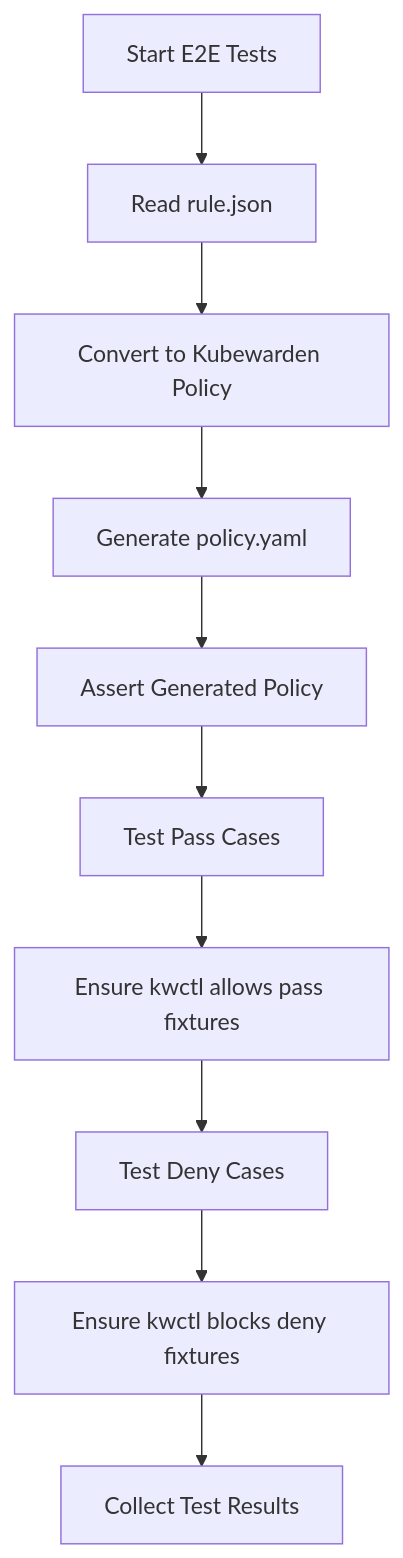
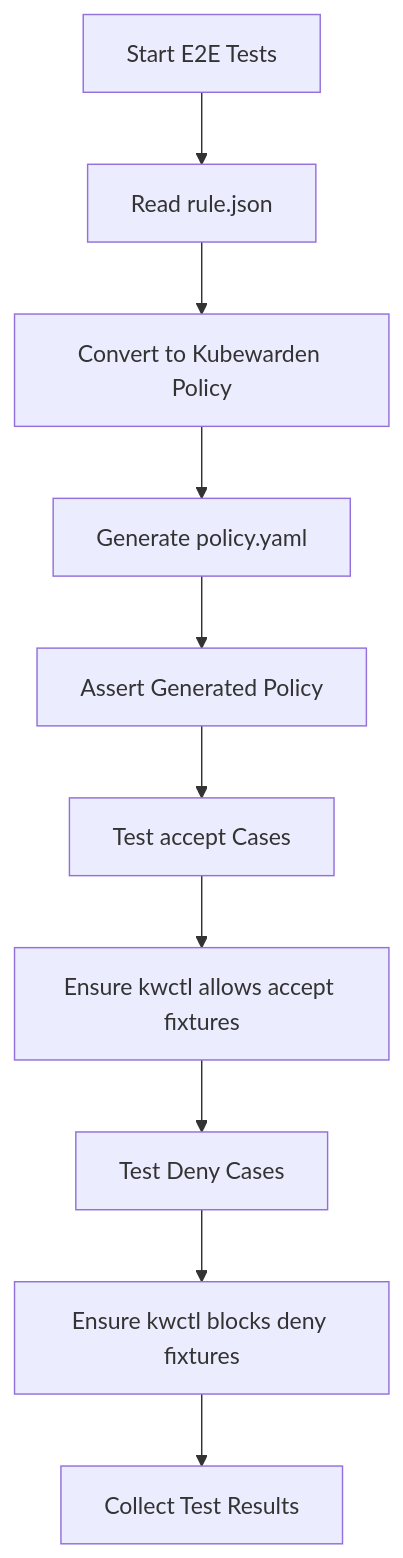
Before and after one commit to neuvector/neuvector-kubewarden-policy-converter: the diagram in docs/test-architecture.md, drawn with Mermaid. The commit also changed other lines of this file and 51 other files, not shown here.

````diff
--- a/docs/test-architecture.md
+++ b/docs/test-architecture.md
@@ -157,13 +157,13 @@
 ```mermaid
 graph TD
     A[Start E2E Tests] --> B[Read rule.json]
     B --> C[Convert to Kubewarden Policy]
     C --> D[Generate policy.yaml]
     D --> E[Assert Generated Policy]
-    E --> F[Test Pass Cases]
-    F --> G[Ensure kwctl allows pass fixtures]
+    E --> F[Test accept Cases]
+    F --> G[Ensure kwctl allows accept fixtures]
     G --> H[Test Deny Cases]
     H --> I[Ensure kwctl blocks deny fixtures]
     I --> J[Collect Test Results]
 
 ```
````
